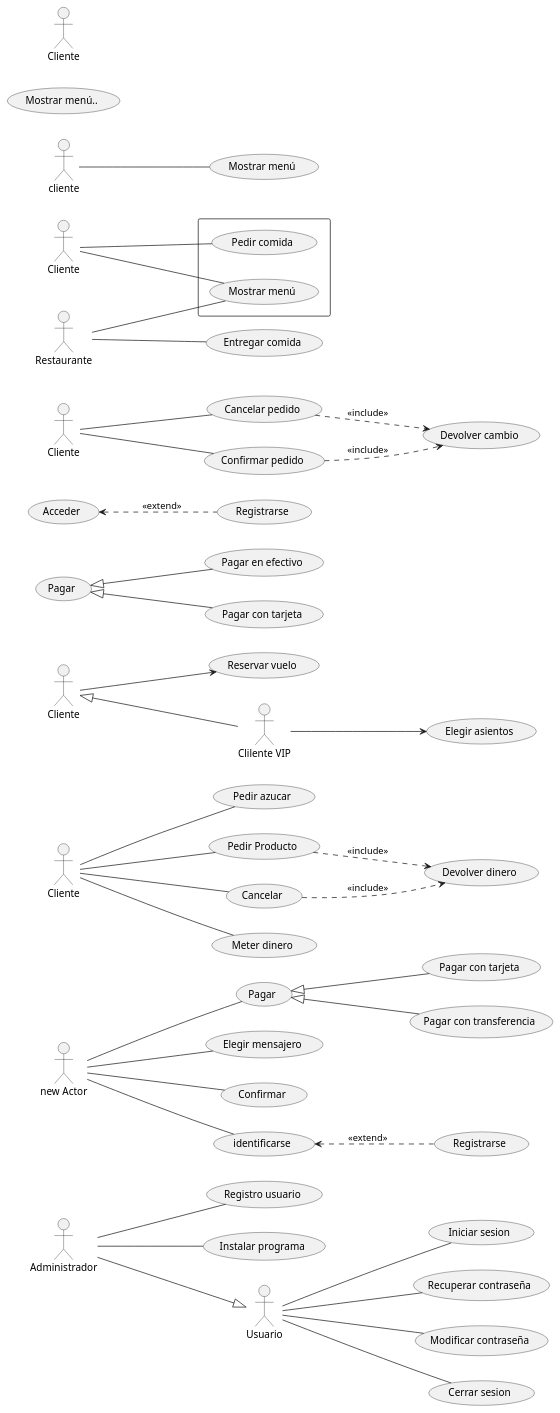
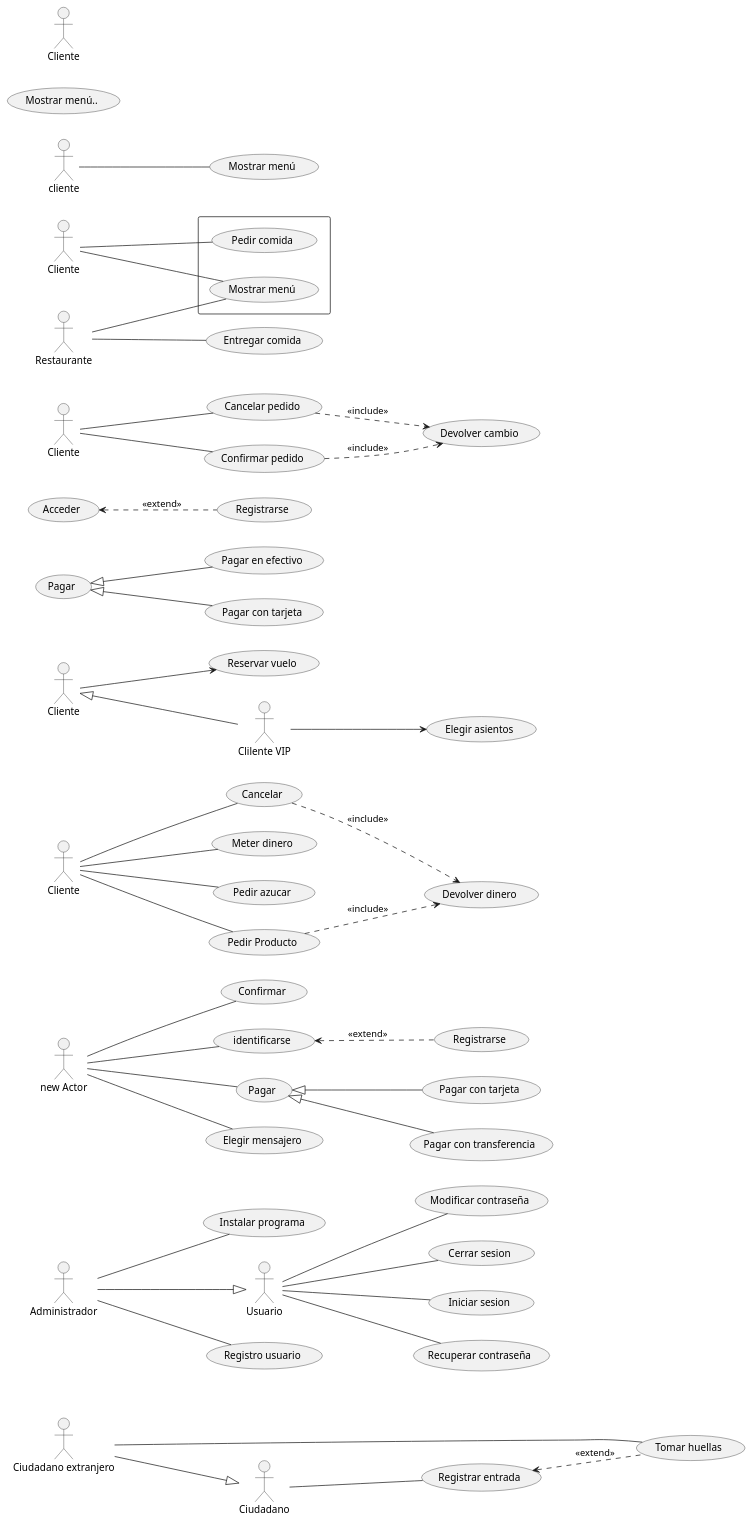
Before and after one commit to JuanmaEDE/UML_casos_de_uso: the diagram in UML_casos_de_uso.puml, drawn with PlantUML.

Commit message:
Realizado ciudadano extranjero

```diff
--- a/UML_casos_de_uso.puml
+++ b/UML_casos_de_uso.puml
@@ -1,96 +1,105 @@
 @startuml
+
+"Ciudadano" as ciu
+usecase "Tomar huellas" as tom
+usecase "Registrar entrada" as regen
+ciu -- regen
+regen <.. tom : <<extend>>
+"Ciudadano extranjero" as extra
+extra -- tom
+extra --|> ciu
 
 "Usuario" as usuar
 :Administrador: as Admin
 usecase "Iniciar sesion" as inise
 usecase "Recuperar contraseña" as reccontra
 usecase "Modificar contraseña" as modcontr
 usecase "Cerrar sesion" as cerra
 usecase "Registro usuario" as reusua
 usecase "Instalar programa" as insp
 usuar -- inise
 usuar -- reccontra
 usuar -- modcontr
 usuar -- cerra
 Admin -- reusua
 Admin -- insp
 Admin --|> usuar
 
 actor "new Actor" as nA
 usecase "identificarse" as identifi
 usecase "Pagar" as Paga
 usecase "Elegir mensajero" as Em
 usecase "Confirmar" as Con
 usecase "Pagar con tarjeta" as Pgt
 usecase "Registrarse" as Regis
 usecase "Pagar con transferencia" as Ptra
 nA -- identifi
 nA -- Paga
 nA -- Em
 nA -- Con
 identifi <.. Regis : <<extend>>
 Paga <|-- Pgt
 Paga <|-- Ptra
 
 
 actor "Cliente" as clped
 usecase "Meter dinero" as Md
 usecase "Pedir azucar" as az
 usecase "Pedir Producto" as pp
 usecase "Cancelar" as cancel
 usecase "Devolver dinero" as Devd
 clped -- Md
 clped -- az
 clped -- pp
 clped -- cancel
 pp ..> Devd : <<include>>
 cancel ..> Devd : <<include>>
 
 
 actor "Cliente" as clvu
 actor "Clilente VIP" as vip
 clvu <|-- vip
 usecase "Reservar vuelo" as rv
 usecase "Elegir asientos" as asie
 vip --> asie
 clvu --> rv
 
 usecase "Pagar" as pag
 usecase "Pagar con tarjeta" as pagt
 usecase "Pagar en efectivo" as pagoe
  pag <|-- pagt
 pag <|-- pagoe
 
 usecase "Acceder" as acc
 usecase "Registrarse" as reg
 (acc) <.. (reg) : <<extend>>
 
 
 left to right direction
 actor "Cliente" as cl1
 usecase "Confirmar pedido" as cp
 usecase "Cancelar pedido" as cap
 usecase "Devolver cambio" as dc
 cl1 -- cp
 cl1 -- cap
 (cp) ..> (dc) : <<include>>
 (cap) ..> (dc) : <<include>>
 
 left to right direction
 actor "Cliente" as cl
 actor "Restaurante" as re
 rectangle  {
   usecase "Mostrar menú" as UC1
   usecase "Pedir comida" as UC2
 
 }
 usecase "Entregar comida" as UC3
 cl -- UC1
 cl -- UC2
 re -- UC3
 re -- UC1
 
  :cliente: -- (Mostrar menú)
  Usecase uc1 as "Mostrar menú.."
 actor "Cliente" as ctl
 @enduml
```
